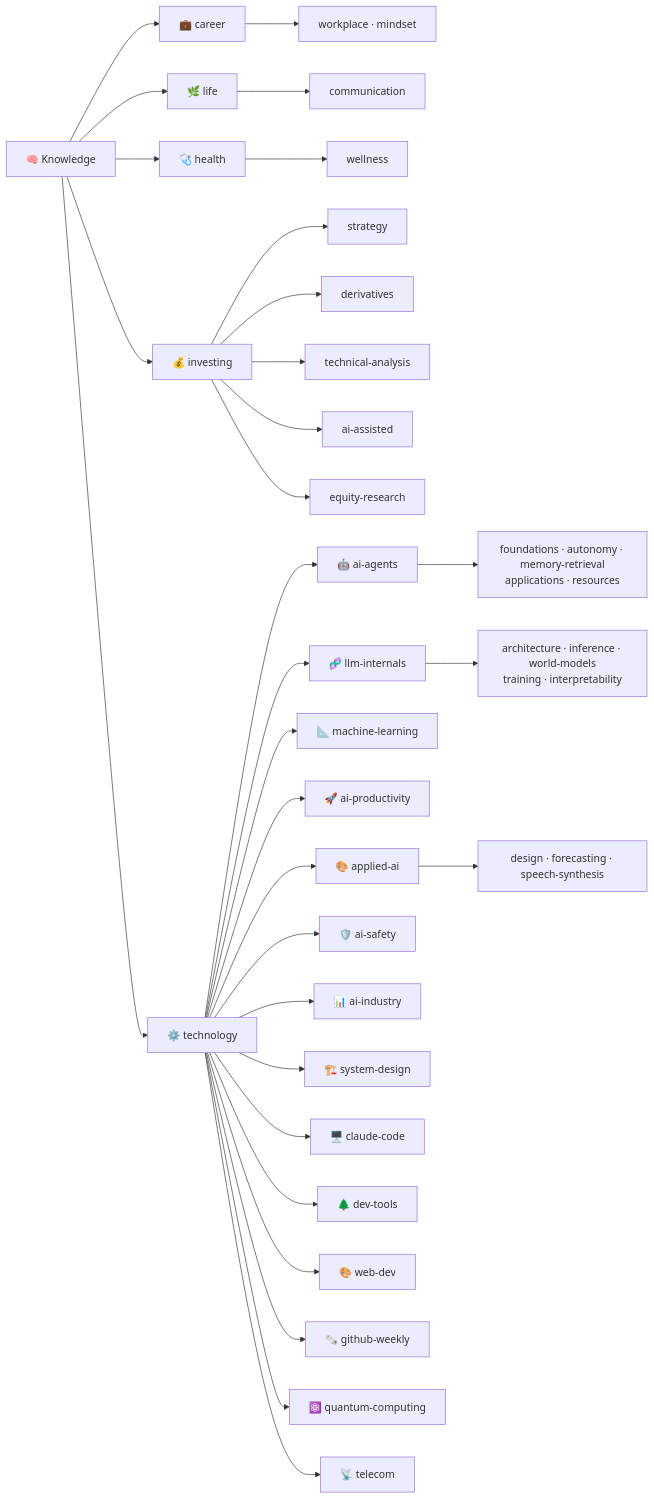
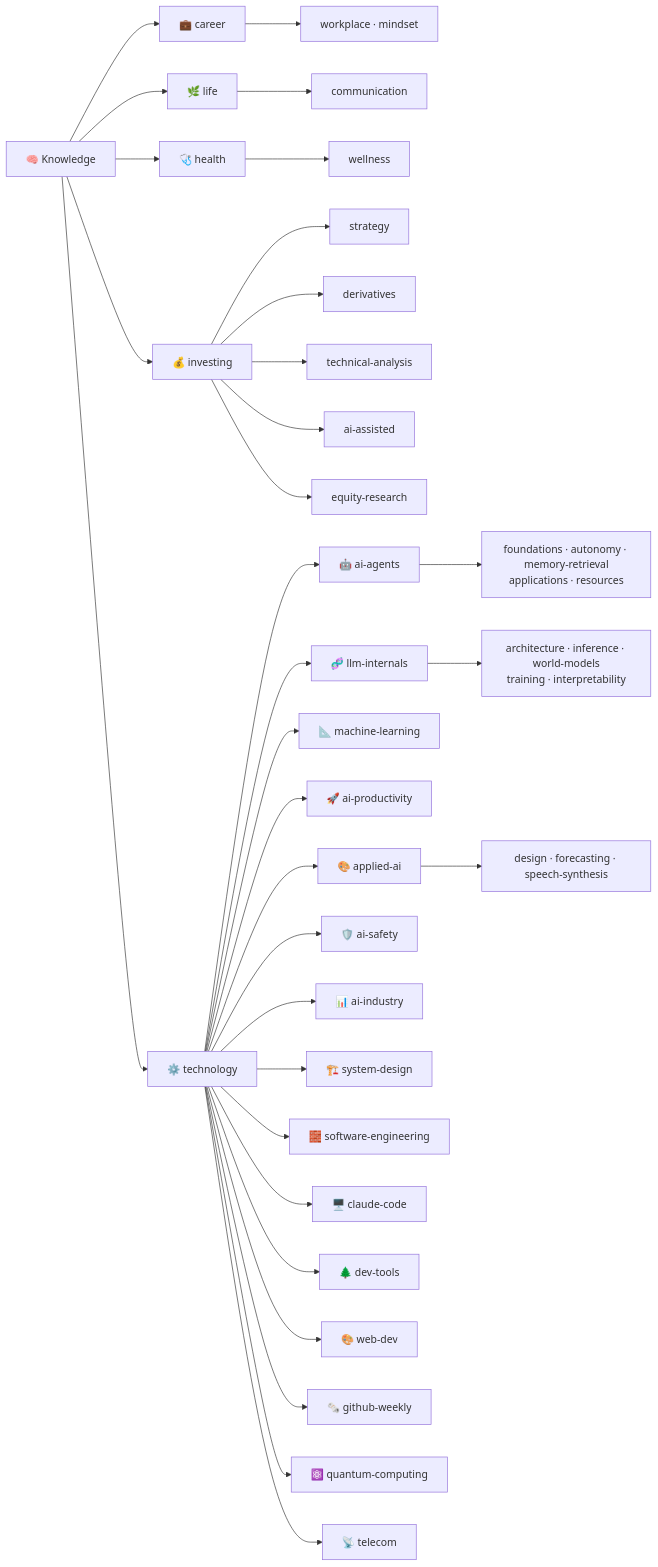
One commit to shooter2062424/Knowledge changed the diagram in README.md. Above: the diagram before and after it, drawn with Mermaid. The commit also changed other lines of this file and 2 other files, not shown here.

Commit message:
[feat] 新增「用高階函式降低程式碼閱讀負擔」筆記(ExplainThis,Whisper 轉錄),並新增 technology/software-engineering 中類

````diff
--- a/README.md
+++ b/README.md
@@ -27,33 +27,34 @@
 ```mermaid
 flowchart LR
     K["🧠 Knowledge"] --> I["💰 investing"]
     K --> T["⚙️ technology"]
     K --> C["💼 career"]
     C --> C1["workplace · mindset"]
     K --> L["🌿 life"]
     L --> L1["communication"]
     K --> H["🩺 health"]
     H --> H1["wellness"]
     I --> I1["strategy"]
     I --> I2["derivatives"]
     I --> I3["technical-analysis"]
     I --> I4["ai-assisted"]
     I --> I5["equity-research"]
     T --> T1["🤖 ai-agents"]
     T --> T2["🧬 llm-internals"]
     T --> T14["📐 machine-learning"]
     T --> T3["🚀 ai-productivity"]
     T --> T4["🎨 applied-ai"]
     T --> T7["🛡️ ai-safety"]
     T --> T9["📊 ai-industry"]
     T --> T10["🏗️ system-design"]
+    T --> T15["🧱 software-engineering"]
     T --> T8["🖥️ claude-code"]
     T --> T11["🌲 dev-tools"]
     T --> T13["🎨 web-dev"]
     T --> T12["🗞️ github-weekly"]
     T --> T6["⚛️ quantum-computing"]
     T --> T5["📡 telecom"]
     T1 --> T1a["foundations · autonomy · memory-retrieval<br/>applications · resources"]
     T2 --> T2a["architecture · inference · world-models<br/>training · interpretability"]
     T4 --> T4a["design · forecasting · speech-synthesis"]
 ```
````
